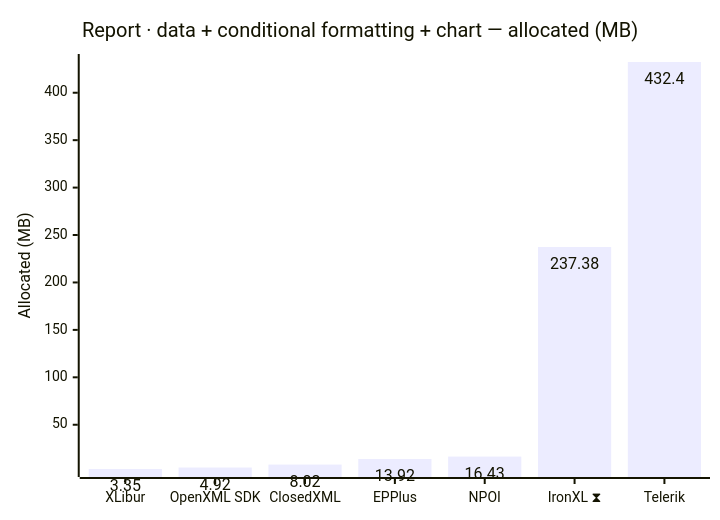
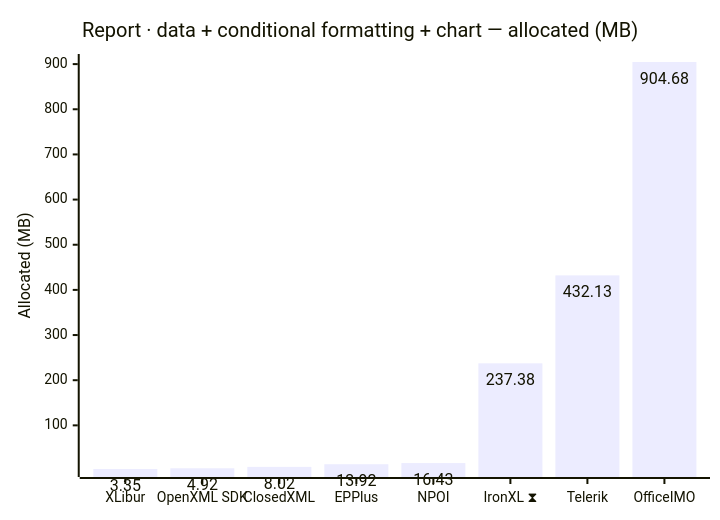
Before and after one commit to jafin/XLBench: the eighth of 12 diagrams in docs/results.md, drawn with Mermaid. The commit also changed other lines of this file and 17 other files, not shown here.

First line of the commit message:
Add OfficeIMO.Excel to the benchmark suite and publish full-fidelity results (#33)

````diff
--- a/docs/results.md
+++ b/docs/results.md
@@ -131,12 +132,12 @@
 ```mermaid
 ---
 config:
   xyChart:
     showDataLabel: true
 ---
 xychart-beta
     title "Report · data + conditional formatting + chart — allocated (MB)"
-    x-axis ["XLibur", "OpenXML SDK", "ClosedXML", "EPPlus", "NPOI", "IronXL ⧗", "Telerik"]
+    x-axis ["XLibur", "OpenXML SDK", "ClosedXML", "EPPlus", "NPOI", "IronXL ⧗", "Telerik", "OfficeIMO"]
     y-axis "Allocated (MB)"
-    bar [3.35, 4.92, 8.02, 13.92, 16.43, 237.38, 432.4]
+    bar [3.35, 4.92, 8.02, 13.92, 16.43, 237.38, 432.13, 904.68]
 ```
````
